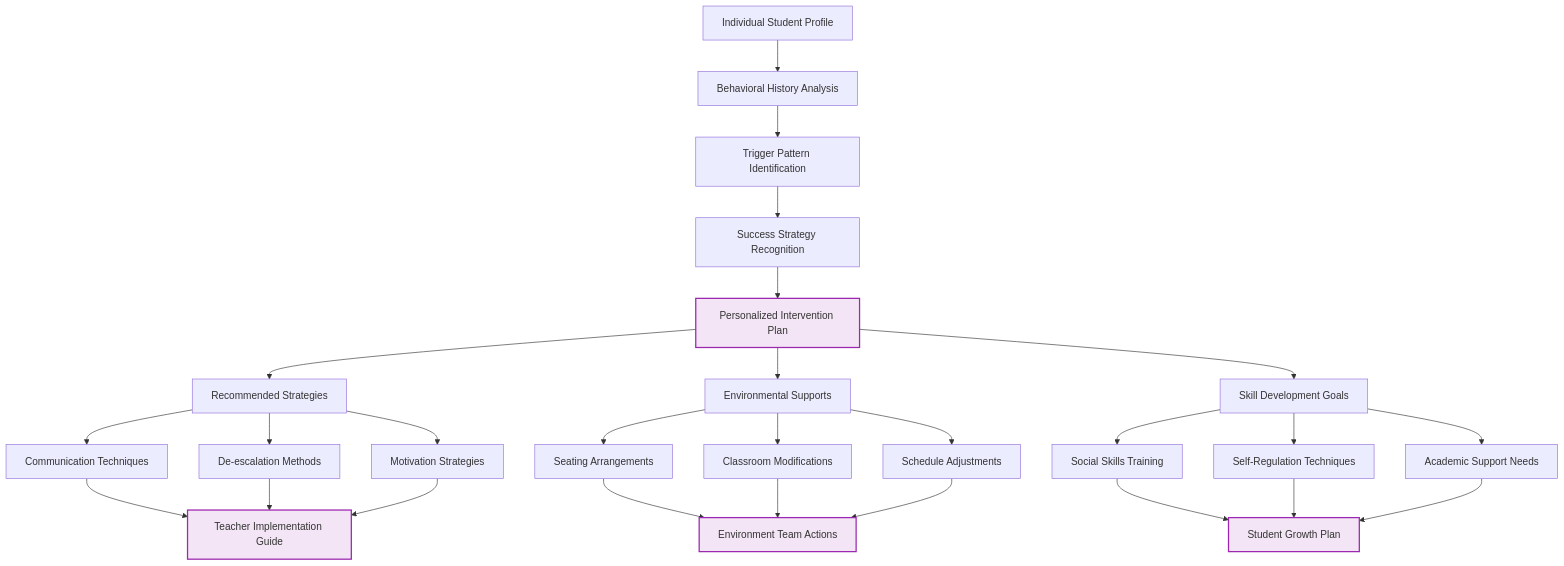
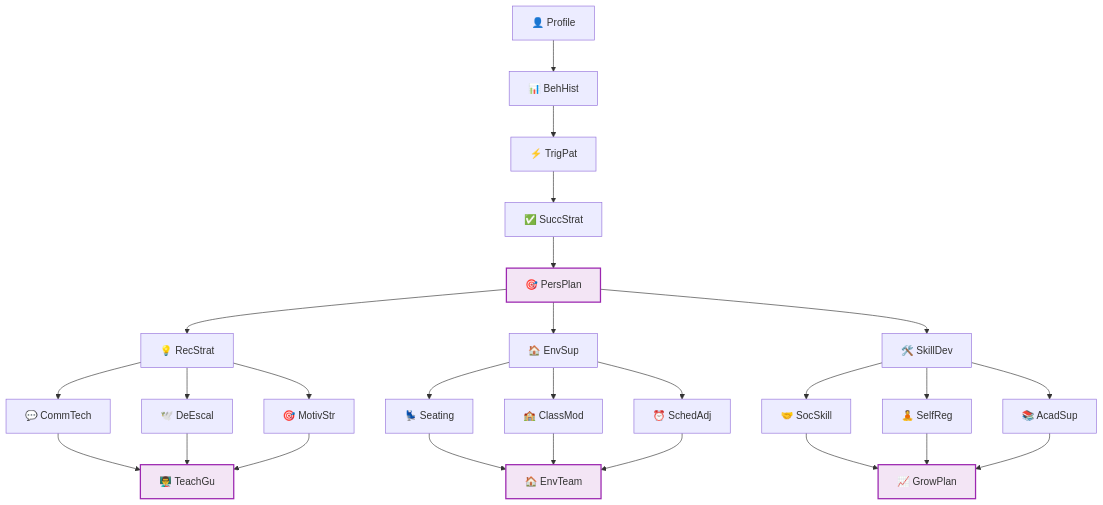
The fourth of 5 diagrams in docs/flowcharts/Future-Vision/10-behavior-analytics-enhancement.md (Splurfa/bx-os), drawn with Mermaid before and after one commit. The commit also changed other lines of this file and 4 other files, not shown here.

Commit message:
Fix all flowchart text cutoff

````diff
--- a/docs/flowcharts/Future-Vision/10-behavior-analytics-enhancement.md
+++ b/docs/flowcharts/Future-Vision/10-behavior-analytics-enhancement.md
@@ -114,38 +180,38 @@
 ```mermaid
 flowchart TD
-    A[Individual Student Profile] --> B[Behavioral History Analysis]
-    B --> C[Trigger Pattern Identification]
-    C --> D[Success Strategy Recognition]
+    A[👤 Profile] --> B[📊 BehHist]
+    B --> C[⚡ TrigPat]
+    C --> D[✅ SuccStrat]
     
-    D --> E[Personalized Intervention Plan]
-    E --> F[Recommended Strategies]
-    E --> G[Environmental Supports]
-    E --> H[Skill Development Goals]
+    D --> E[🎯 PersPlan]
+    E --> F[💡 RecStrat]
+    E --> G[🏠 EnvSup]
+    E --> H[🛠️ SkillDev]
     
-    F --> I[Communication Techniques]
-    F --> J[De-escalation Methods]
-    F --> K[Motivation Strategies]
+    F --> I[💬 CommTech]
+    F --> J[🕊️ DeEscal]
+    F --> K[🎯 MotivStr]
     
-    G --> L[Seating Arrangements]
-    G --> M[Classroom Modifications]
-    G --> N[Schedule Adjustments]
+    G --> L[💺 Seating]
+    G --> M[🏫 ClassMod]
+    G --> N[⏰ SchedAdj]
     
-    H --> O[Social Skills Training]
-    H --> P[Self-Regulation Techniques]
-    H --> Q[Academic Support Needs]
+    H --> O[🤝 SocSkill]
+    H --> P[🧘 SelfReg]
+    H --> Q[📚 AcadSup]
     
-    I --> R[Teacher Implementation Guide]
+    I --> R[👨‍🏫 TeachGu]
     J --> R
     K --> R
-    L --> S[Environment Team Actions]
+    L --> S[🏠 EnvTeam]
     M --> S
     N --> S
-    O --> T[Student Growth Plan]
+    O --> T[📈 GrowPlan]
     P --> T
     Q --> T
     
     style E fill:#f3e5f5,stroke:#9c27b0,stroke-width:2px
     style R fill:#f3e5f5,stroke:#9c27b0,stroke-width:2px
     style S fill:#f3e5f5,stroke:#9c27b0,stroke-width:2px
     style T fill:#f3e5f5,stroke:#9c27b0,stroke-width:2px
 ```
````
